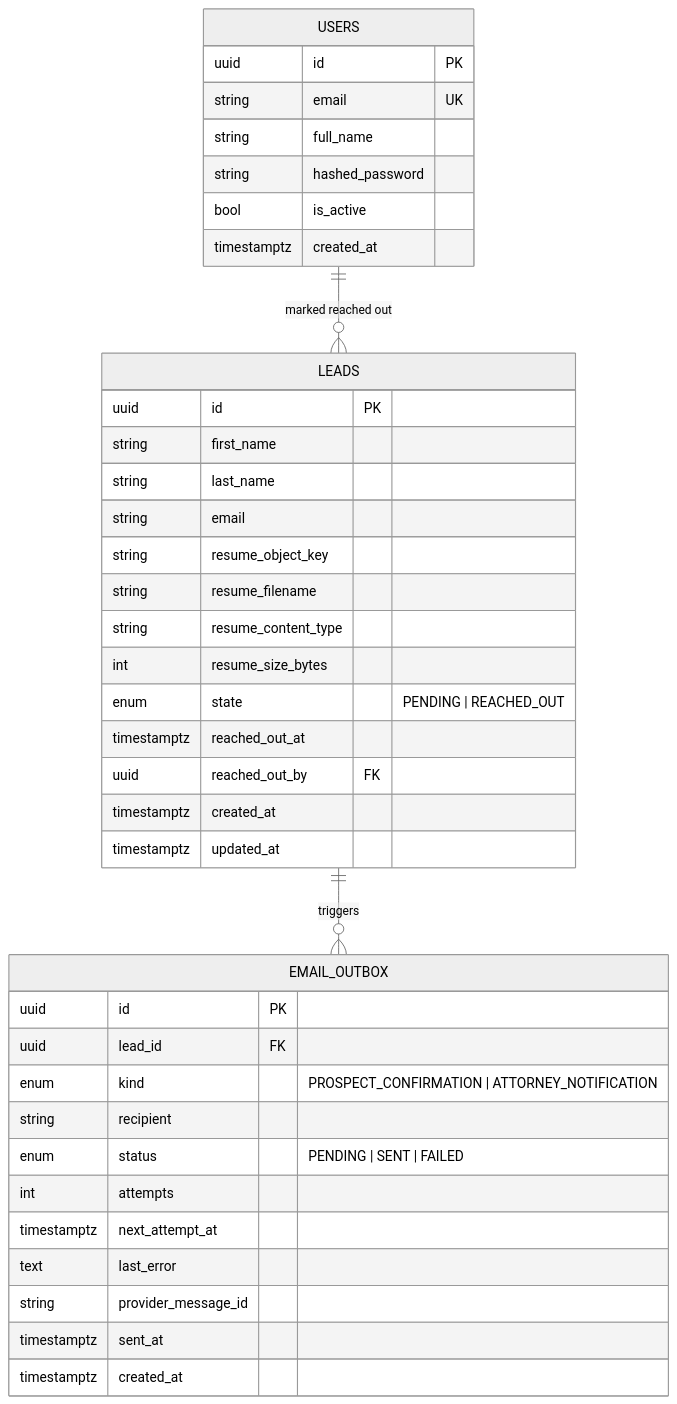
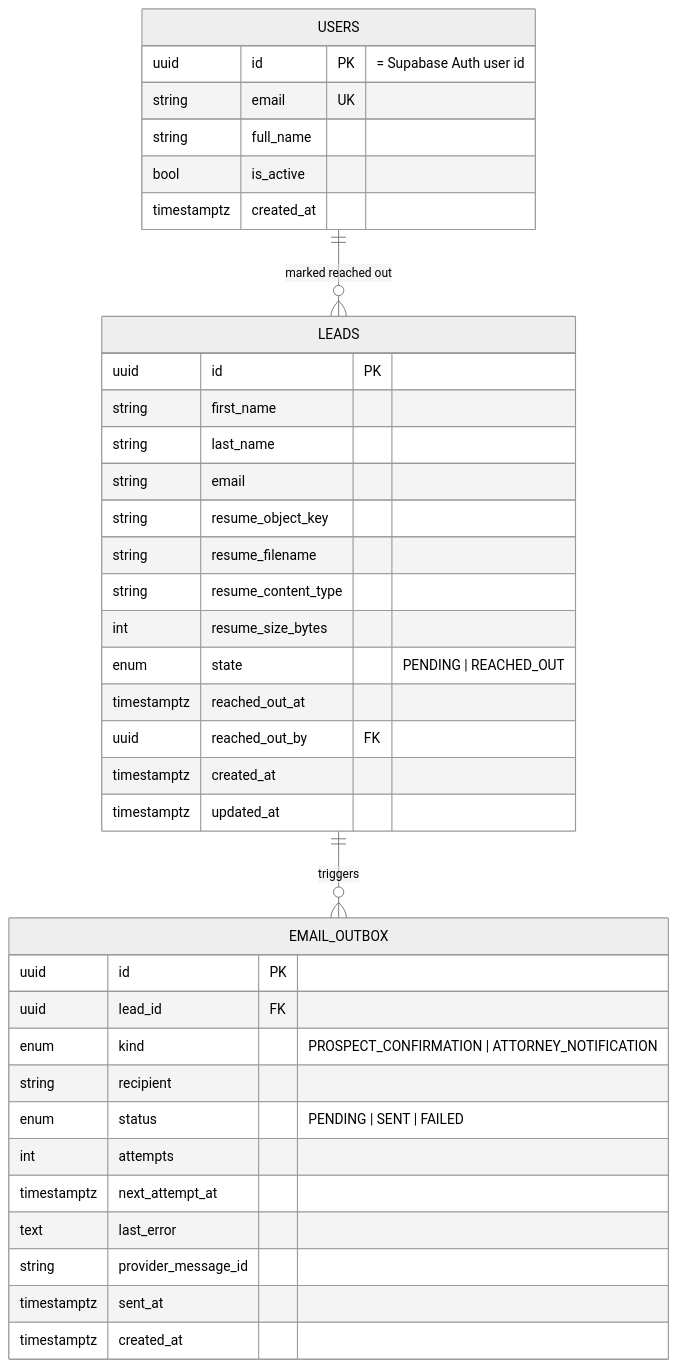
Before and after one commit to gilito345/alma-leads-app: the second of 3 diagrams in docs/DESIGN.md, drawn with Mermaid (neutral theme). The commit also changed other lines of this file and 34 other files, not shown here.

First line of the commit message:
Move database, auth and resume storage to Supabase

````diff
--- a/docs/DESIGN.md
+++ b/docs/DESIGN.md
@@ -59,42 +68,41 @@
 ```mermaid
 erDiagram
     USERS ||--o{ LEADS : "marked reached out"
     LEADS ||--o{ EMAIL_OUTBOX : "triggers"
 
     USERS {
-        uuid id PK
+        uuid id PK "= Supabase Auth user id"
         string email UK
         string full_name
-        string hashed_password
         bool is_active
         timestamptz created_at
     }
     LEADS {
         uuid id PK
         string first_name
         string last_name
         string email
         string resume_object_key
         string resume_filename
         string resume_content_type
         int resume_size_bytes
         enum state "PENDING | REACHED_OUT"
         timestamptz reached_out_at
         uuid reached_out_by FK
         timestamptz created_at
         timestamptz updated_at
     }
     EMAIL_OUTBOX {
         uuid id PK
         uuid lead_id FK
         enum kind "PROSPECT_CONFIRMATION | ATTORNEY_NOTIFICATION"
         string recipient
         enum status "PENDING | SENT | FAILED"
         int attempts
         timestamptz next_attempt_at
         text last_error
         string provider_message_id
         timestamptz sent_at
         timestamptz created_at
     }
 ```
````
